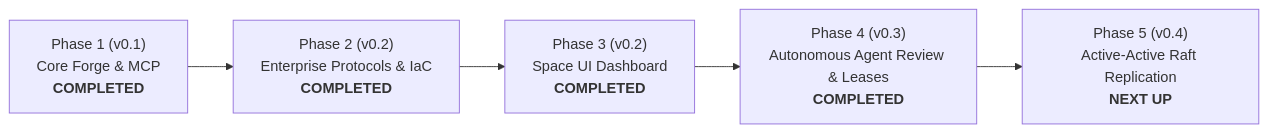
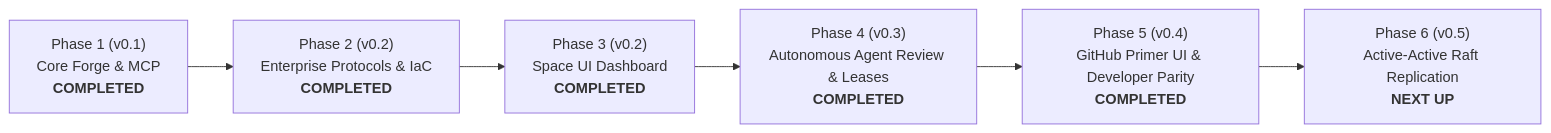
Before and after one commit to RavaniRoshan/exist.io: the diagram in ROADMAP.md, drawn with Mermaid. The commit also changed other lines of this file and 32 other files, not shown here.

First line of the commit message:
feat(ui): implement GitHub Enterprise developer parity, User Profile, Issues, Releases, and 47-suite Vitest coverage

````diff
--- a/ROADMAP.md
+++ b/ROADMAP.md
@@ -21,13 +21,15 @@
 ```mermaid
 flowchart LR
     P1["Phase 1 (v0.1)<br/>Core Forge & MCP<br/><b>COMPLETED</b>"]
     P2["Phase 2 (v0.2)<br/>Enterprise Protocols & IaC<br/><b>COMPLETED</b>"]
     P3["Phase 3 (v0.2)<br/>Space UI Dashboard<br/><b>COMPLETED</b>"]
     P4["Phase 4 (v0.3)<br/>Autonomous Agent Review & Leases<br/><b>COMPLETED</b>"]
-    P5["Phase 5 (v0.4)<br/>Active-Active Raft Replication<br/><b>NEXT UP</b>"]
+    P5["Phase 5 (v0.4)<br/>GitHub Primer UI & Developer Parity<br/><b>COMPLETED</b>"]
+    P6["Phase 6 (v0.5)<br/>Active-Active Raft Replication<br/><b>NEXT UP</b>"]
 
     P1 --> P2
     P2 --> P3
     P3 --> P4
     P4 --> P5
+    P5 --> P6
 ```
````
